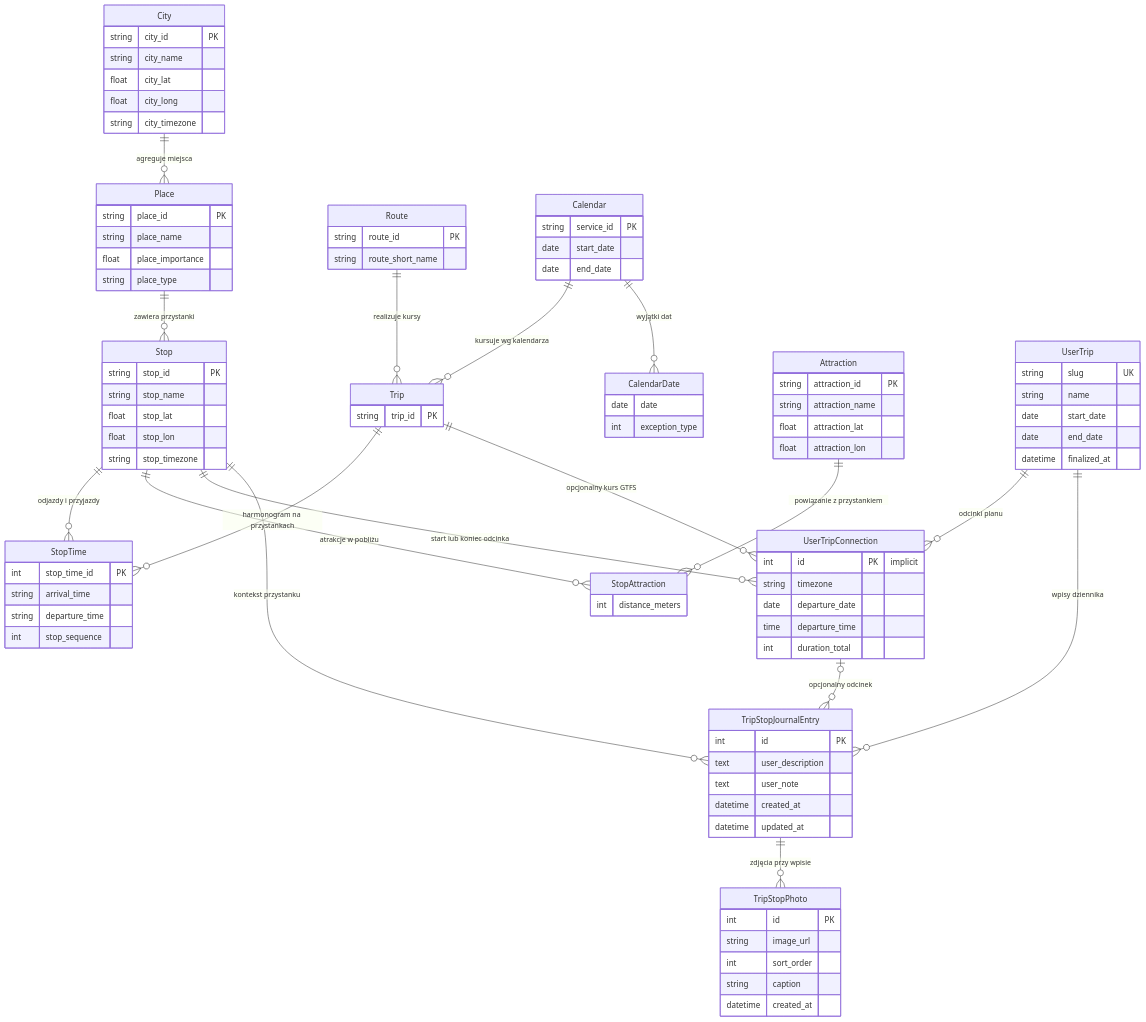
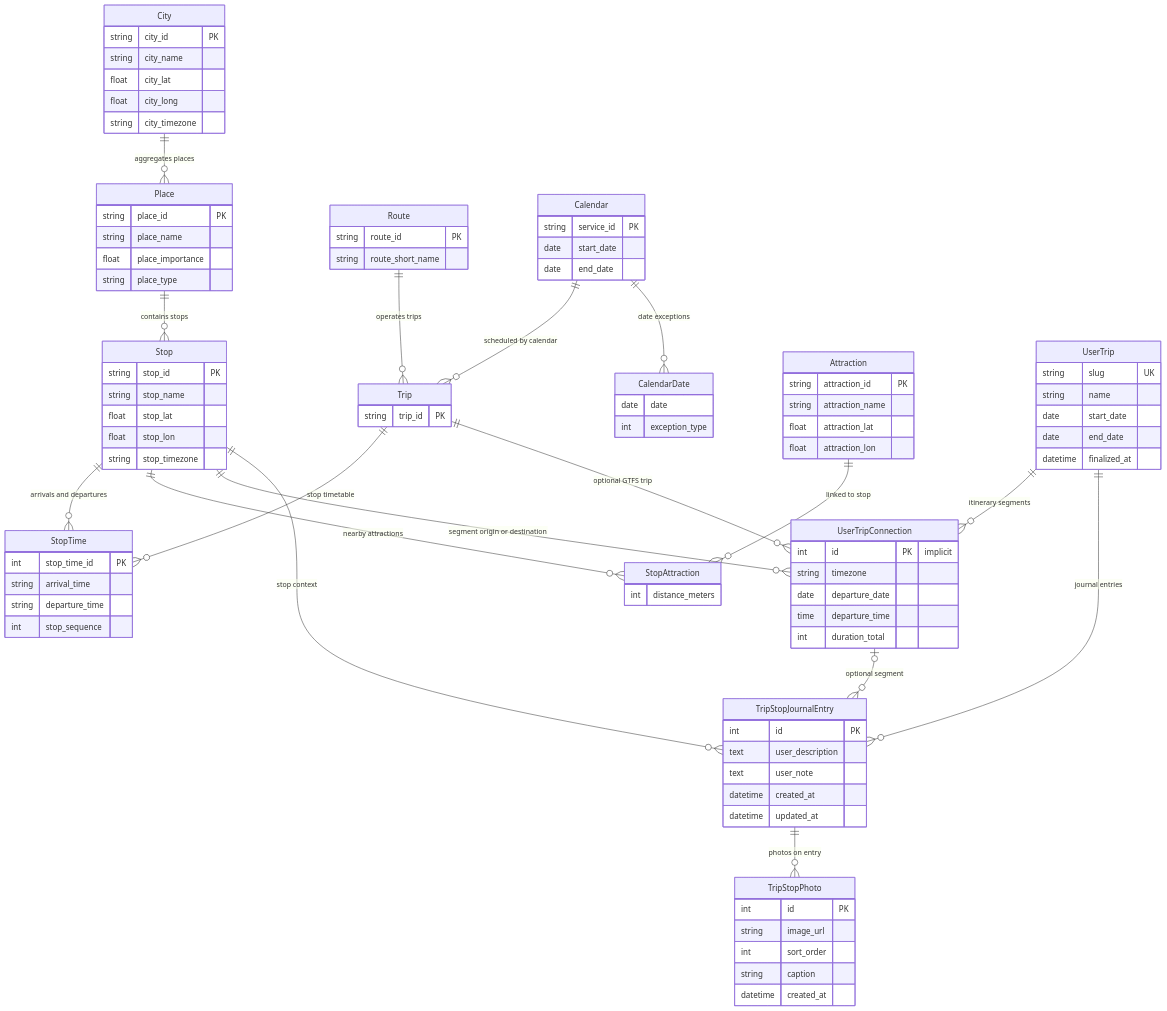
Before and after one commit to Skiperpol/frontend-briskly: the third of 3 diagrams in README.md, drawn with Mermaid. The commit also changed other lines of this file, not shown here.

Commit message:
docs: Revise sequence diagrams in README.md for improved clarity on user interactions and trip management, including updated terminology and descriptions

````diff
--- a/README.md
+++ b/README.md
@@ -291,21 +291,21 @@
 ```mermaid
 erDiagram
-    City ||--o{ Place : "agreguje miejsca"
-    Place ||--o{ Stop : "zawiera przystanki"
-    Route ||--o{ Trip : "realizuje kursy"
-    Calendar ||--o{ Trip : "kursuje wg kalendarza"
-    Calendar ||--o{ CalendarDate : "wyjątki dat"
-    Trip ||--o{ StopTime : "harmonogram na przystankach"
-    Stop ||--o{ StopTime : "odjazdy i przyjazdy"
-    Stop ||--o{ StopAttraction : "atrakcje w pobliżu"
-    Attraction ||--o{ StopAttraction : "powiązanie z przystankiem"
-    UserTrip ||--o{ UserTripConnection : "odcinki planu"
-    Trip ||--o{ UserTripConnection : "opcjonalny kurs GTFS"
-    Stop ||--o{ UserTripConnection : "start lub koniec odcinka"
-    UserTrip ||--o{ TripStopJournalEntry : "wpisy dziennika"
-    Stop ||--o{ TripStopJournalEntry : "kontekst przystanku"
-    UserTripConnection |o--o{ TripStopJournalEntry : "opcjonalny odcinek"
-    TripStopJournalEntry ||--o{ TripStopPhoto : "zdjęcia przy wpisie"
+    City ||--o{ Place : "aggregates places"
+    Place ||--o{ Stop : "contains stops"
+    Route ||--o{ Trip : "operates trips"
+    Calendar ||--o{ Trip : "scheduled by calendar"
+    Calendar ||--o{ CalendarDate : "date exceptions"
+    Trip ||--o{ StopTime : "stop timetable"
+    Stop ||--o{ StopTime : "arrivals and departures"
+    Stop ||--o{ StopAttraction : "nearby attractions"
+    Attraction ||--o{ StopAttraction : "linked to stop"
+    UserTrip ||--o{ UserTripConnection : "itinerary segments"
+    Trip ||--o{ UserTripConnection : "optional GTFS trip"
+    Stop ||--o{ UserTripConnection : "segment origin or destination"
+    UserTrip ||--o{ TripStopJournalEntry : "journal entries"
+    Stop ||--o{ TripStopJournalEntry : "stop context"
+    UserTripConnection |o--o{ TripStopJournalEntry : "optional segment"
+    TripStopJournalEntry ||--o{ TripStopPhoto : "photos on entry"
 
     City {
         string city_id PK
````
